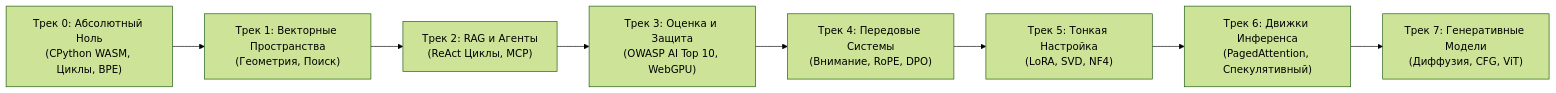
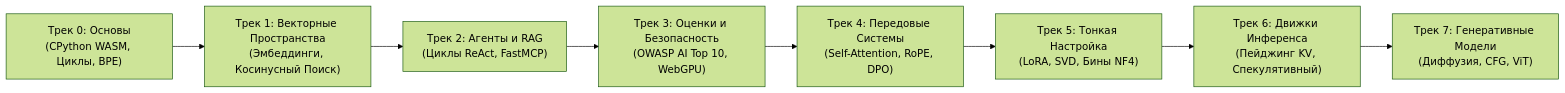
Before and after one commit to Adilrafiq001/OpenGuideForAI: the first of 2 diagrams in docs/translations/README_ru.md, drawn with Mermaid (forest theme). The commit also changed other lines of this file and 19 other files, not shown here.

````diff
--- a/docs/translations/README_ru.md
+++ b/docs/translations/README_ru.md
@@ -110,13 +74,13 @@
 ```mermaid
 graph LR
-    T0["Трек 0: Абсолютный Ноль<br/>(CPython WASM, Циклы, BPE)"]
-    T1["Трек 1: Векторные Пространства<br/>(Геометрия, Поиск)"]
-    T2["Трек 2: RAG и Агенты<br/>(ReAct Циклы, MCP)"]
-    T3["Трек 3: Оценка и Защита<br/>(OWASP AI Top 10, WebGPU)"]
-    T4["Трек 4: Передовые Системы<br/>(Внимание, RoPE, DPO)"]
-    T5["Трек 5: Тонкая Настройка<br/>(LoRA, SVD, NF4)"]
-    T6["Трек 6: Движки Инференса<br/>(PagedAttention, Спекулятивный)"]
+    T0["Трек 0: Основы<br/>(CPython WASM, Циклы, BPE)"]
+    T1["Трек 1: Векторные Пространства<br/>(Эмбеддинги, Косинусный Поиск)"]
+    T2["Трек 2: Агенты и RAG<br/>(Циклы ReAct, FastMCP)"]
+    T3["Трек 3: Оценки и Безопасность<br/>(OWASP AI Top 10, WebGPU)"]
+    T4["Трек 4: Передовые Системы<br/>(Self-Attention, RoPE, DPO)"]
+    T5["Трек 5: Тонкая Настройка<br/>(LoRA, SVD, Бины NF4)"]
+    T6["Трек 6: Движки Инференса<br/>(Пейджинг KV, Спекулятивный)"]
     T7["Трек 7: Генеративные Модели<br/>(Диффузия, CFG, ViT)"]
 
     T0 --> T1 --> T2 --> T3 --> T4 --> T5 --> T6 --> T7
 ```
````
